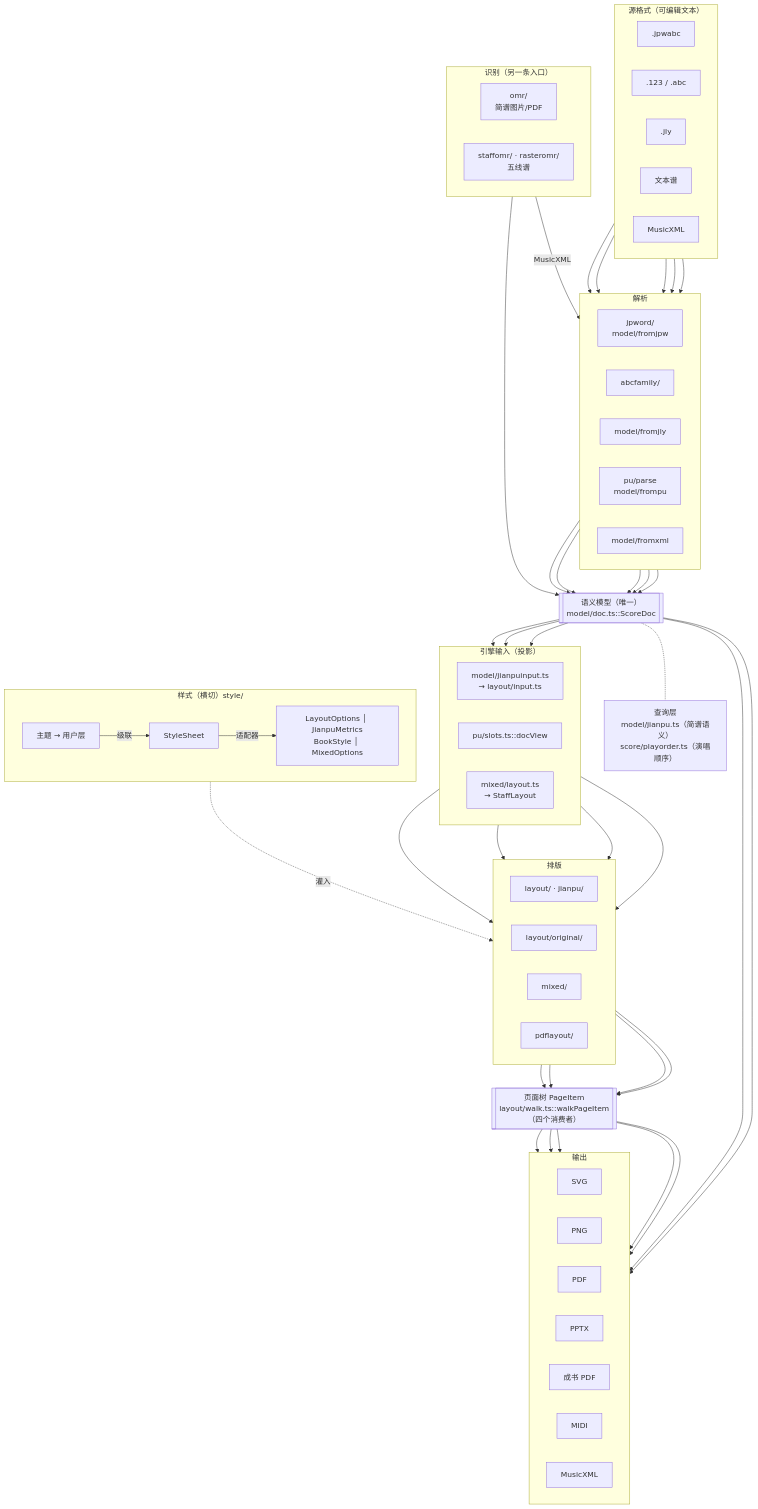
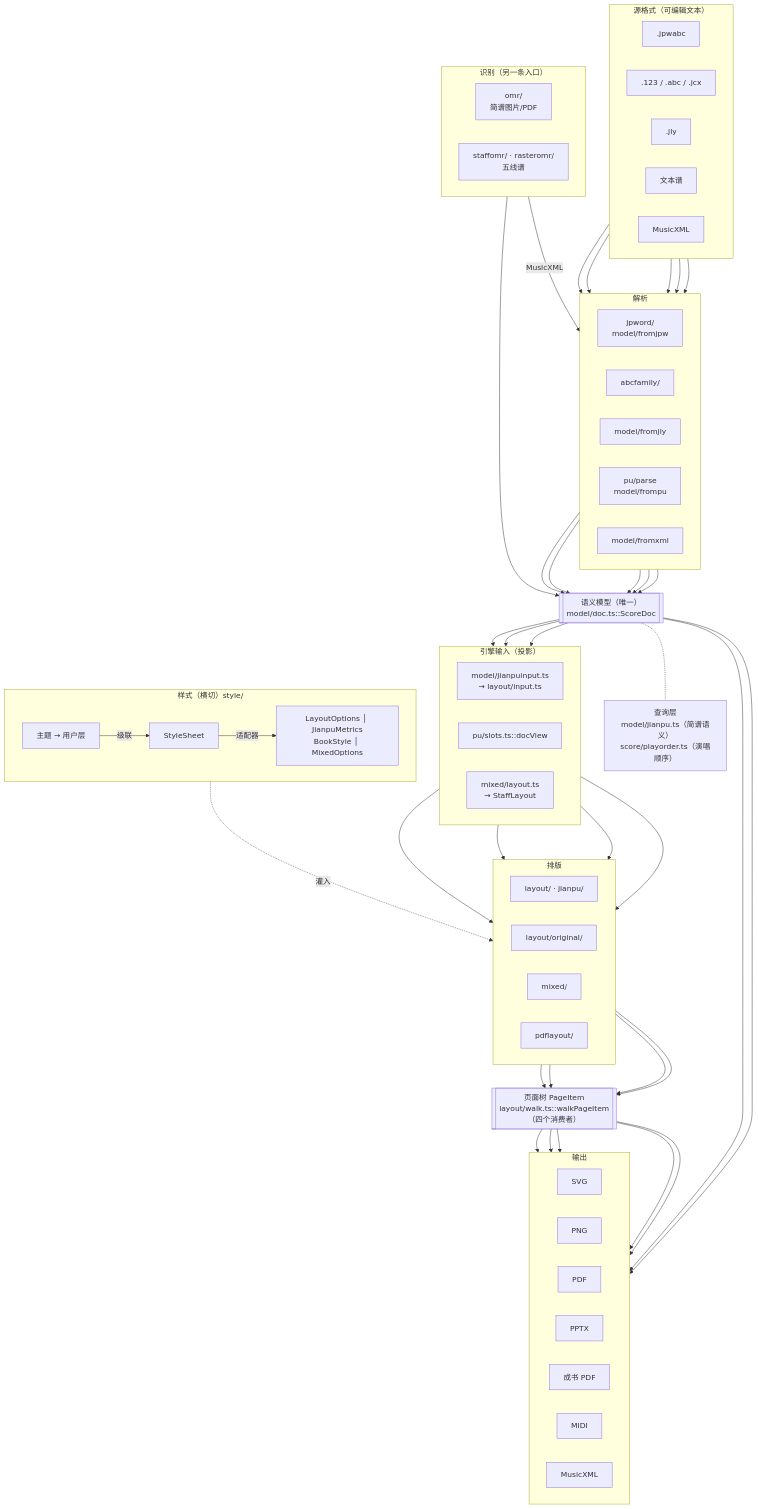
The diagram in docs/架构.md (lodebar2026/dolce), drawn with Mermaid before and after one commit. The commit also changed other lines of this file and 37 other files, not shown here.

Commit message:
Muse 简谱 .jcx 读写（issue #18）：ABC 家族第三个方言，简谱轨字母按首调唱名读，%MUSE2 GBK/BIG5 与 %MUSE3 UTF-8 都认、存 %MUSE2+GBK；可视化编辑、另存为与识谱输出都接上；共用解析补行首 [V:x] 切声部、行内 [L:]、||:

````diff
--- a/docs/架构.md
+++ b/docs/架构.md
@@ -41,81 +41,81 @@
 ```mermaid
 flowchart TB
   subgraph SRC["源格式（可编辑文本）"]
     direction LR
     jpw[".jpwabc"]
-    abcf[".123 / .abc"]
+    abcf[".123 / .abc / .jcx"]
     jly[".jly"]
     pu["文本谱"]
     xml["MusicXML"]
   end
 
   subgraph PARSE["解析"]
     direction LR
     pjpw["jpword/<br/>model/fromjpw"]
     pabc["abcfamily/"]
     pjly["model/fromjly"]
     ppu["pu/parse<br/>model/frompu"]
     pxml["model/fromxml"]
   end
 
   subgraph OMR["识别（另一条入口）"]
     direction LR
     omr["omr/<br/>简谱图片/PDF"]
     somr["staffomr/ · rasteromr/<br/>五线谱"]
   end
 
   doc[["语义模型（唯一）<br/>model/doc.ts::ScoreDoc"]]
   query["查询层<br/>model/jianpu.ts（简谱语义）<br/>score/playorder.ts（演唱顺序）"]
 
   subgraph PROJ["引擎输入（投影）"]
     direction LR
     ijp["model/jianpuinput.ts<br/>→ layout/input.ts"]
     ipu["pu/slots.ts::docView"]
     imx["mixed/layout.ts<br/>→ StaffLayout"]
   end
 
   subgraph LAYOUT["排版"]
     direction LR
     ljp["layout/ · jianpu/"]
     lpu["layout/original/"]
     lmx["mixed/"]
     lbook["pdflayout/"]
   end
 
   tree[["页面树 PageItem<br/>layout/walk.ts::walkPageItem（四个消费者）"]]
 
   subgraph OUT["输出"]
     direction LR
     o1["SVG"]
     o2["PNG"]
     o3["PDF"]
     o4["PPTX"]
     o5["成书 PDF"]
     o6["MIDI"]
     o7["MusicXML"]
   end
 
   subgraph STYLE["样式（横切）style/"]
     direction LR
     theme["主题 → 用户层"] -- 级联 --> sheet["StyleSheet"]
     sheet -- 适配器 --> rulers["LayoutOptions │ JianpuMetrics<br/>BookStyle │ MixedOptions"]
   end
 
   jpw --> pjpw
   abcf --> pabc
   jly --> pjly
   pu --> ppu
   xml --> pxml
   pjpw & pabc & pjly & ppu & pxml --> doc
   omr --> doc
   somr -- MusicXML --> pxml
   doc -.- query
   doc --> ijp & ipu & imx
   ijp --> ljp & lbook
   ipu --> lpu
   imx --> lmx
   ljp & lpu & lmx & lbook --> tree
   tree --> o1 & o2 & o3 & o4 & o5
   doc --> o6 & o7
   rulers -. 灌入 .-> LAYOUT
 ```
````
